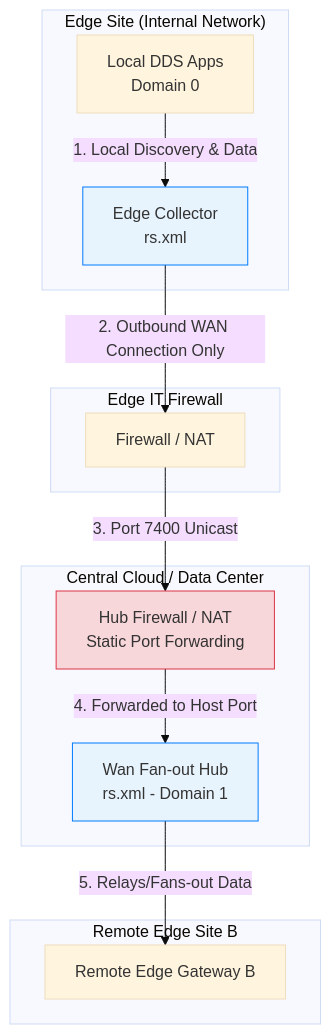
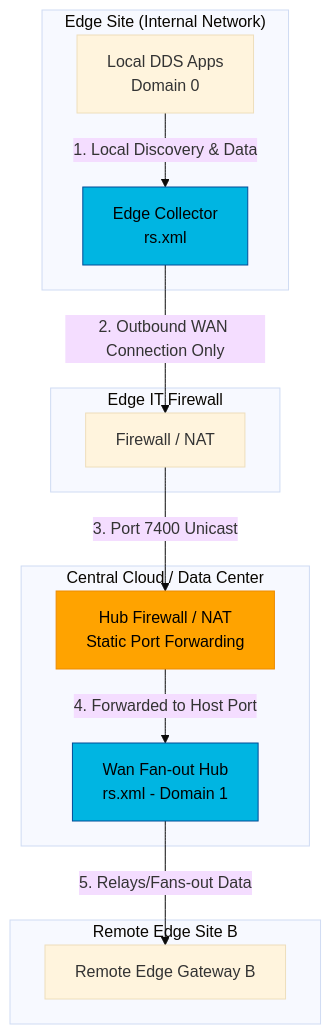
One commit to ajmhs/connext_appliance changed the third of 3 diagrams in examples/2. Routing Service/README.md. Above: the diagram before and after it, drawn with Mermaid (base theme). The commit also changed other lines of this file and 8 other files, not shown here.

````diff
--- a/examples/2. Routing Service/README.md
+++ b/examples/2. Routing Service/README.md
@@ -91,24 +121,24 @@
 ```mermaid
 graph TD
     subgraph "Edge Site (Internal Network)"
         Apps[Local DDS Apps<br>Domain 0] 
         -->|1. Local Discovery & Data| Edge[Edge Collector<br>rs.xml]
     end
 
     subgraph "Edge IT Firewall"
         Edge -->|2. Outbound WAN Connection Only| FW_Edge[Firewall / NAT]
     end
 
     subgraph "Central Cloud / Data Center"
         FW_Edge -->|3. Port 7400 Unicast| FW_Hub[Hub Firewall / NAT<br>Static Port Forwarding]
         FW_Hub -->|4. Forwarded to Host Port| Hub[Wan Fan-out Hub<br>rs.xml - Domain 1]
     end
 
     subgraph "Remote Edge Site B"
         Hub -->|5. Relays/Fans-out Data| EdgeB[Remote Edge Gateway B]
     end
 
-    style Edge fill:#e8f4fd,stroke:#007bff
-    style Hub fill:#e8f4fd,stroke:#007bff
-    style FW_Hub fill:#f8d7da,stroke:#dc3545
+    style Edge fill:#00B5E2,stroke:#004C97,color:#000
+    style Hub fill:#00B5E2,stroke:#004C97,color:#000
+    style FW_Hub fill:#FFA300,stroke:#ED8B00,color:#000
 ```
````
